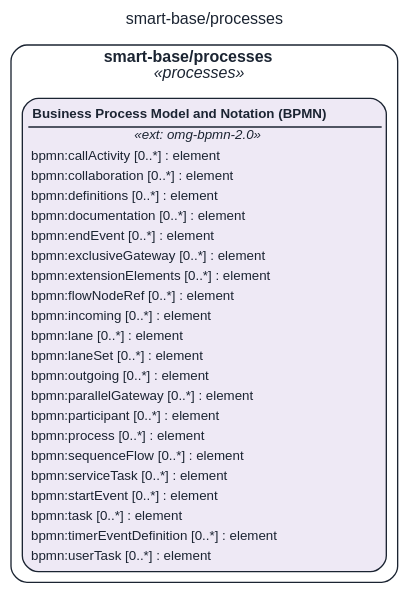
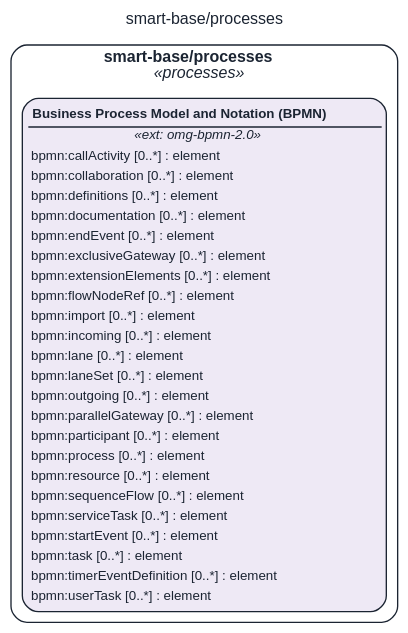
Before and after one commit to litlfred/folio-assistant: the diagram in STAGING/claude-repin-urat-2026-10-20/assets/img/uml/overview/smart-base/processes.dot, drawn with Graphviz. The commit also changed 2126 other files, not shown here.

```diff
--- a/STAGING/claude-repin-urat-2026-10-20/assets/img/uml/overview/smart-base/processes.dot
+++ b/STAGING/claude-repin-urat-2026-10-20/assets/img/uml/overview/smart-base/processes.dot
@@ -1,11 +1,11 @@
 // GENERATED by cat-harness-tools/scripts/gen-uml-overview.ts — do not edit.
 // Rendered page (interactive view, same model): https://litlfred.github.io/folio-assistant/uml/overview/smart-base/processes.html
 digraph "smart_base_processes" {
   graph [label="smart-base/processes", labelloc=t, fontname="Helvetica", fontsize=12, fontcolor="#1b2432", newrank=true, ratio=auto, nodesep=0.3, ranksep=0.5, bgcolor="transparent"];
   node [shape=box, style="rounded,filled", margin=0.05, fontname="Helvetica", fontsize=10, color="#1b2432", fontcolor="#1b2432"];
   edge [color="#1b2432", fontcolor="#1b2432", fontname="Helvetica", fontsize=9];
   subgraph "cluster_pkg_smart_base_processes" {
     label=<<b>smart-base/processes</b><br/><i>«processes»</i>>; style="rounded"; color="#1b2432"; class="fa_uml_subgraph";
-    "smart_base_processes_omg_bpmn_2_0" [fillcolor="#eee9f5", class="fa_uml_kind_processes", label=<<table border="0" cellborder="0" cellspacing="0" cellpadding="2"><tr><td border="1" sides="b"><b>Business Process Model and Notation (BPMN)</b></td></tr><tr><td><i>«ext: omg-bpmn-2.0»</i></td></tr><tr><td align="left">bpmn:callActivity [0..*] : element</td></tr><tr><td align="left">bpmn:collaboration [0..*] : element</td></tr><tr><td align="left">bpmn:definitions [0..*] : element</td></tr><tr><td align="left">bpmn:documentation [0..*] : element</td></tr><tr><td align="left">bpmn:endEvent [0..*] : element</td></tr><tr><td align="left">bpmn:exclusiveGateway [0..*] : element</td></tr><tr><td align="left">bpmn:extensionElements [0..*] : element</td></tr><tr><td align="left">bpmn:flowNodeRef [0..*] : element</td></tr><tr><td align="left">bpmn:incoming [0..*] : element</td></tr><tr><td align="left">bpmn:lane [0..*] : element</td></tr><tr><td align="left">bpmn:laneSet [0..*] : element</td></tr><tr><td align="left">bpmn:outgoing [0..*] : element</td></tr><tr><td align="left">bpmn:parallelGateway [0..*] : element</td></tr><tr><td align="left">bpmn:participant [0..*] : element</td></tr><tr><td align="left">bpmn:process [0..*] : element</td></tr><tr><td align="left">bpmn:sequenceFlow [0..*] : element</td></tr><tr><td align="left">bpmn:serviceTask [0..*] : element</td></tr><tr><td align="left">bpmn:startEvent [0..*] : element</td></tr><tr><td align="left">bpmn:task [0..*] : element</td></tr><tr><td align="left">bpmn:timerEventDefinition [0..*] : element</td></tr><tr><td align="left">bpmn:userTask [0..*] : element</td></tr></table>>];
+    "smart_base_processes_omg_bpmn_2_0" [fillcolor="#eee9f5", class="fa_uml_kind_processes", label=<<table border="0" cellborder="0" cellspacing="0" cellpadding="2"><tr><td border="1" sides="b"><b>Business Process Model and Notation (BPMN)</b></td></tr><tr><td><i>«ext: omg-bpmn-2.0»</i></td></tr><tr><td align="left">bpmn:callActivity [0..*] : element</td></tr><tr><td align="left">bpmn:collaboration [0..*] : element</td></tr><tr><td align="left">bpmn:definitions [0..*] : element</td></tr><tr><td align="left">bpmn:documentation [0..*] : element</td></tr><tr><td align="left">bpmn:endEvent [0..*] : element</td></tr><tr><td align="left">bpmn:exclusiveGateway [0..*] : element</td></tr><tr><td align="left">bpmn:extensionElements [0..*] : element</td></tr><tr><td align="left">bpmn:flowNodeRef [0..*] : element</td></tr><tr><td align="left">bpmn:import [0..*] : element</td></tr><tr><td align="left">bpmn:incoming [0..*] : element</td></tr><tr><td align="left">bpmn:lane [0..*] : element</td></tr><tr><td align="left">bpmn:laneSet [0..*] : element</td></tr><tr><td align="left">bpmn:outgoing [0..*] : element</td></tr><tr><td align="left">bpmn:parallelGateway [0..*] : element</td></tr><tr><td align="left">bpmn:participant [0..*] : element</td></tr><tr><td align="left">bpmn:process [0..*] : element</td></tr><tr><td align="left">bpmn:resource [0..*] : element</td></tr><tr><td align="left">bpmn:sequenceFlow [0..*] : element</td></tr><tr><td align="left">bpmn:serviceTask [0..*] : element</td></tr><tr><td align="left">bpmn:startEvent [0..*] : element</td></tr><tr><td align="left">bpmn:task [0..*] : element</td></tr><tr><td align="left">bpmn:timerEventDefinition [0..*] : element</td></tr><tr><td align="left">bpmn:userTask [0..*] : element</td></tr></table>>];
   }
 }
```
